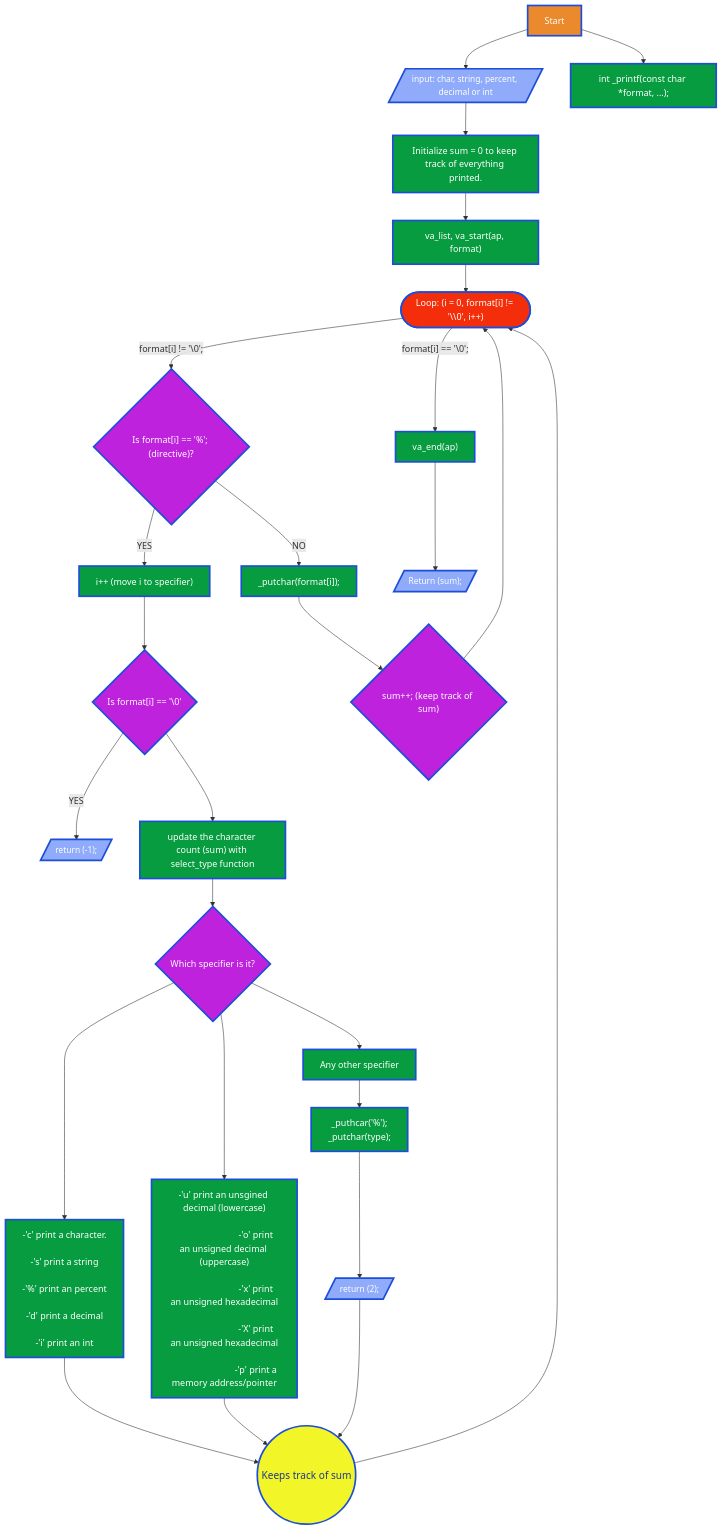
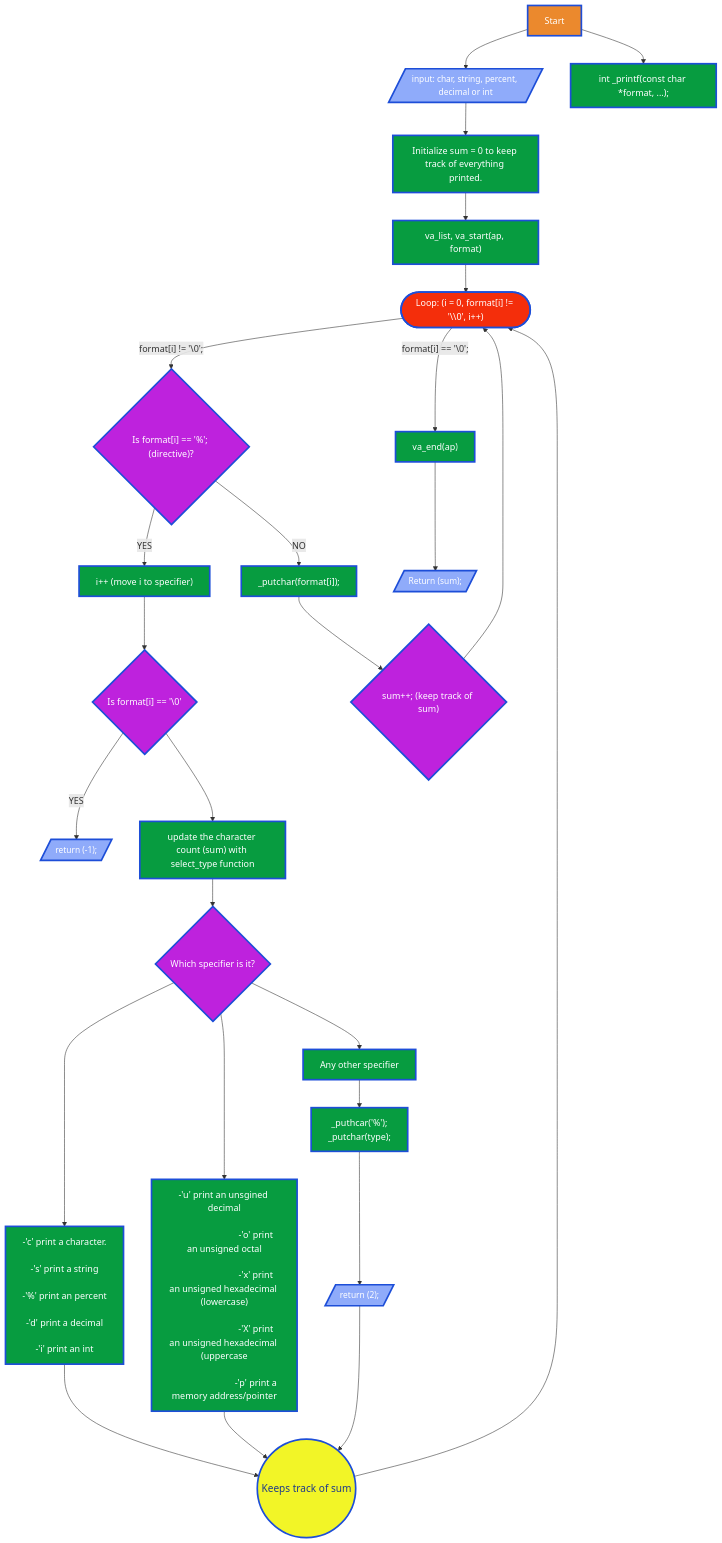
One commit to juliangf94/holbertonschool-printf changed the diagram in README.md. Above: the diagram before and after it, drawn with Mermaid.

Commit message:
Fix the README.md file

````diff
--- a/README.md
+++ b/README.md
@@ -129,55 +129,55 @@
 ```mermaid
 flowchart TB
     A["Start"] --> B[/"input: char, string, percent, decimal or int"/]
     A --> C["int _printf(const char *format, ...);"]
     B --> D["Initialize sum = 0 to keep track of everything printed."]
     D --> E["va_list, va_start(ap, format)"]
         %% Structure of loop
         E --> AA(["Loop: (i = 0, format[i] != '\\0', i++)"])
             %% Loop start
             AA -- format[i] != '\0';--> AB{"Is format[i] == '%'; (directive)?"}
                 %% Directive found
                 AB -- YES --> AC["i++ (move i to specifier)"]
                 AC --> ACA{"Is format[i] == '\0'"}
                 ACA -- YES --> ACB[/"return (-1);"/]
                 ACA --> ACC["update the character count (sum) with select_type function"]
                         ACC --> AD{"Which specifier is it?"}
                             AD --> AE[" 
                             -'c' print a character.<br/>
                             -'s' print a string<br/>
                             -'%' print an percent<br/>
                             -'d' print a decimal<br/>
                             -'i' print an int<br/>"] & AF["
-                            -'u' print an unsgined decimal (lowercase)<br/>
-                            -'o' print an unsigned decimal (uppercase)<br/>
-                            -'x' print an unsigned hexadecimal<br/>
-                            -'X' print an unsigned hexadecimal<br/>
+                            -'u' print an unsgined decimal<br/>
+                            -'o' print an unsigned octal<br/>
+                            -'x' print an unsigned hexadecimal (lowercase)<br/>
+                            -'X' print an unsigned hexadecimal (uppercase<br/>
                             -'p' print a memory address/pointer<br/>
                             "]
                             AD --> ADA["Any other specifier"] 
                             ADA--> ADB["_puthcar('%');<BR/> _putchar(type); "] --> ADC[/"return (2);"/] 
                         AE & AF & ADC --> AG(("Keeps track of sum")) 
                         AG --> AA
                 %% Directive not found, prints regular character
                 AB -- NO --> BA["_putchar(format[i]);"]
                 BA --> BB{"sum++; (keep track of sum)" }
                     BB --> AA
             %% Loop End    
             AA -- format[i] == '\0';--> H["va_end(ap)"]
             H --> I[/"Return (sum);"/]
 
     %% Style
     classDef start fill:#EB892D,stroke:#1D4ED8,stroke-width:3px,color:white, font-size:16px;
     classDef process fill:#079C40,stroke:#1D4ED8,stroke-width:3px,color:white, font-size:16px;
     classDef data fill:#8FABFA,stroke:#1D4ED8,stroke-width:3px,color:white, font-size:15px;
     classDef loop fill:#F42E0B,stroke:#1D4ED8,stroke-width:3px,color:white, font-size:16px;
     classDef decision fill:#BE22DD,stroke:#1D4ED8,stroke-width:3px,color:white, font-size:16px;
     classDef connector fill:#F2F527,stroke:#1D4ED8,stroke-width:3px,color:#1E3A8A, font-size:18px;
 
     class A start;
     class C,D,E,AC,ACC,ADA,ADB,AE,AF,BA,H process;
     class AA loop;
     class B,I,ACB,ADC data;
     class F,AB,AD,ACA,BB decision;
     class AG connector;
 ```
````
